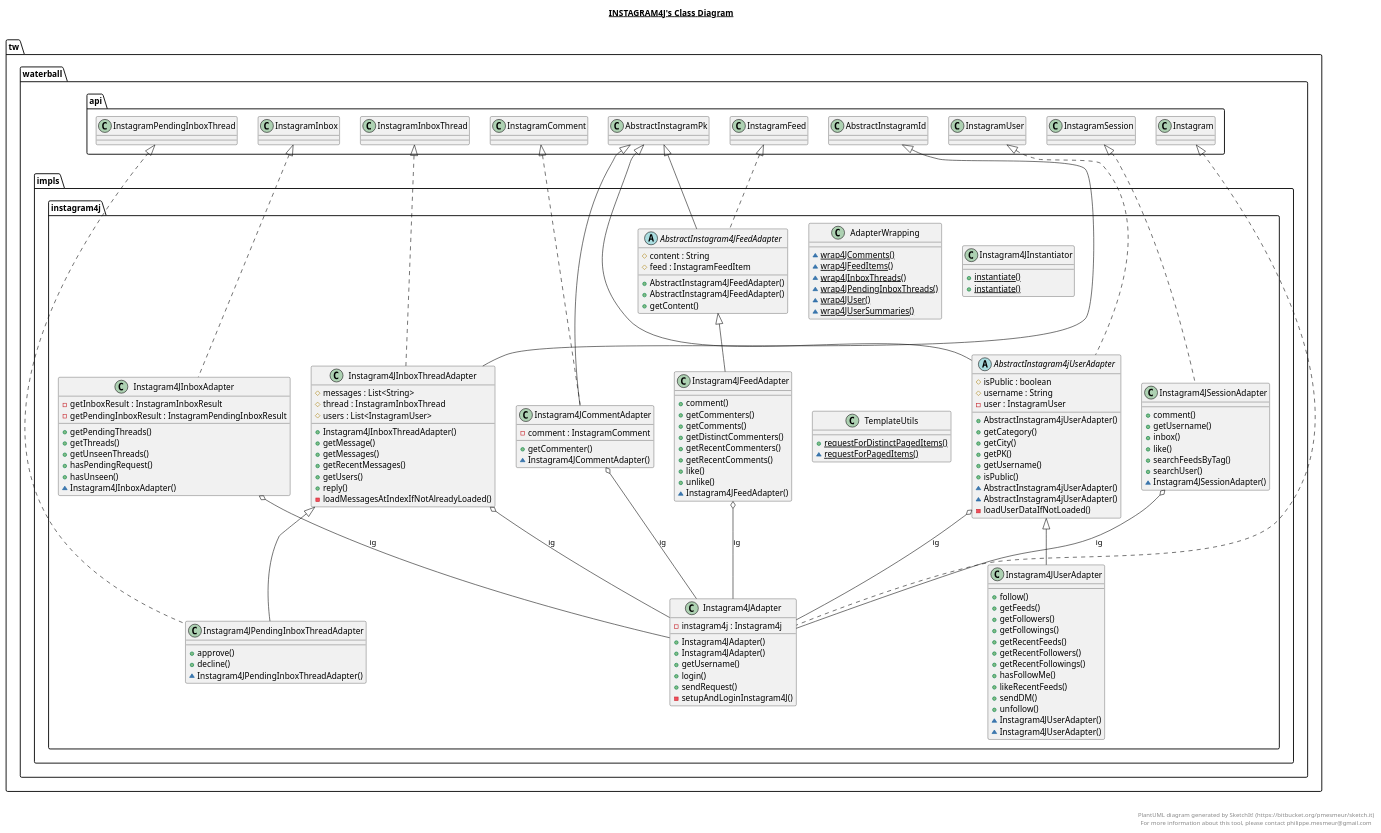
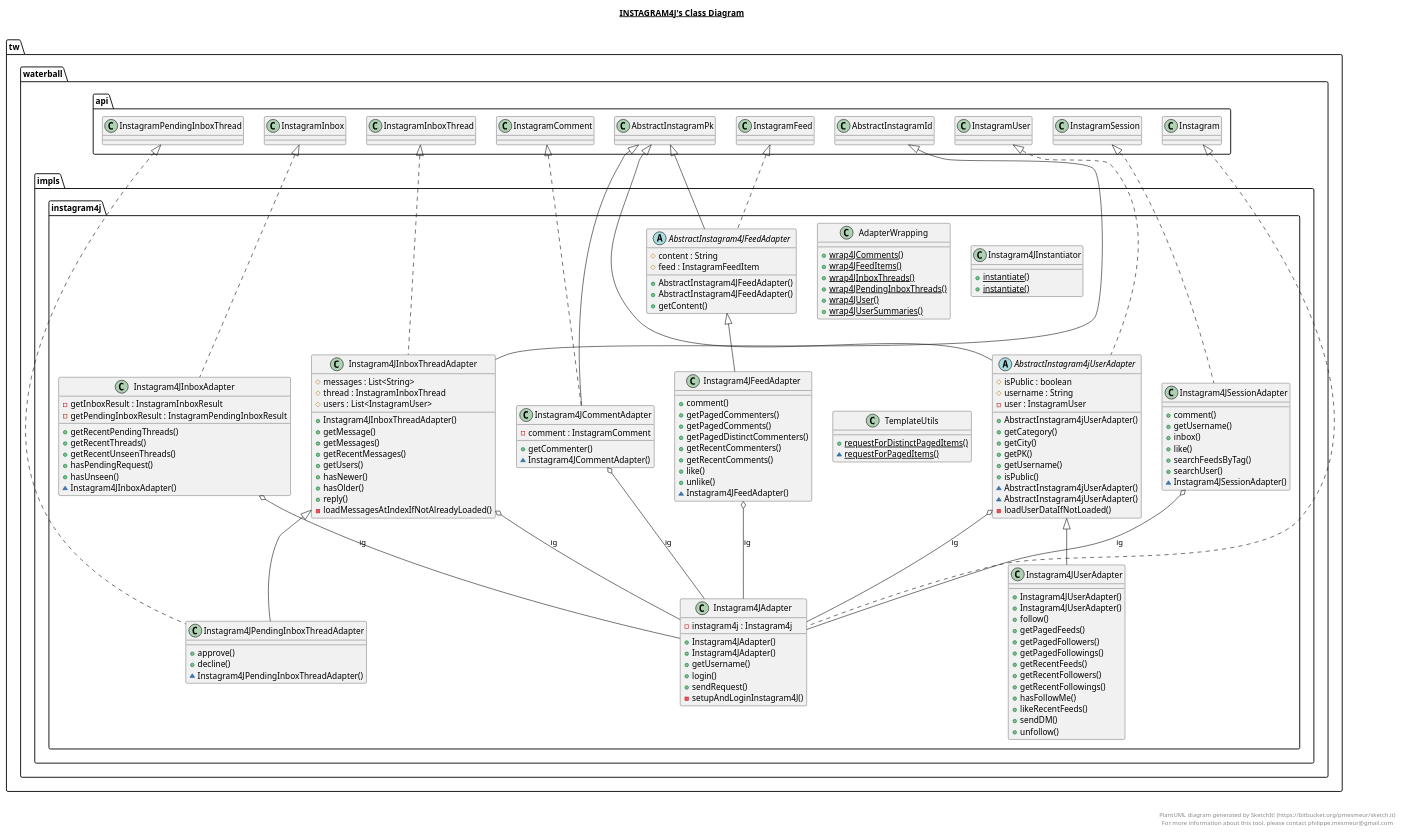
Before and after one commit to Johnny850807/Instagram4j-Fluent-Interface: the diagram in src/main/java/tw/waterball/impls/instagram4j/instagram4j.plantuml, drawn with PlantUML. The commit also changed 10 other files, not shown here.

```diff
--- a/src/main/java/tw/waterball/impls/instagram4j/instagram4j.plantuml
+++ b/src/main/java/tw/waterball/impls/instagram4j/instagram4j.plantuml
@@ -33,12 +33,12 @@
 
   namespace tw.waterball.impls.instagram4j {
     class tw.waterball.impls.instagram4j.AdapterWrapping {
-        {static} ~ wrap4JComments()
-        {static} ~ wrap4JFeedItems()
-        {static} ~ wrap4JInboxThreads()
-        {static} ~ wrap4JPendingInboxThreads()
-        {static} ~ wrap4JUser()
-        {static} ~ wrap4JUserSummaries()
+        {static} + wrap4JComments()
+        {static} + wrap4JFeedItems()
+        {static} + wrap4JInboxThreads()
+        {static} + wrap4JPendingInboxThreads()
+        {static} + wrap4JUser()
+        {static} + wrap4JUserSummaries()
     }
   }
   
@@ -68,9 +68,9 @@
   namespace tw.waterball.impls.instagram4j {
     class tw.waterball.impls.instagram4j.Instagram4JFeedAdapter {
         + comment()
-        + getCommenters()
-        + getComments()
-        + getDistinctCommenters()
+        + getPagedCommenters()
+        + getPagedComments()
+        + getPagedDistinctCommenters()
         + getRecentCommenters()
         + getRecentComments()
         + like()
@@ -84,9 +84,9 @@
     class tw.waterball.impls.instagram4j.Instagram4JInboxAdapter {
         - getInboxResult : InstagramInboxResult
         - getPendingInboxResult : InstagramPendingInboxResult
-        + getPendingThreads()
-        + getThreads()
-        + getUnseenThreads()
+        + getRecentPendingThreads()
+        + getRecentThreads()
+        + getRecentUnseenThreads()
         + hasPendingRequest()
         + hasUnseen()
         ~ Instagram4JInboxAdapter()
@@ -104,6 +104,8 @@
         + getMessages()
         + getRecentMessages()
         + getUsers()
+        + hasNewer()
+        + hasOlder()
         + reply()
         - loadMessagesAtIndexIfNotAlreadyLoaded()
     }
@@ -142,10 +144,12 @@
 
   namespace tw.waterball.impls.instagram4j {
     class tw.waterball.impls.instagram4j.Instagram4JUserAdapter {
+        + Instagram4JUserAdapter()
+        + Instagram4JUserAdapter()
         + follow()
-        + getFeeds()
-        + getFollowers()
-        + getFollowings()
+        + getPagedFeeds()
+        + getPagedFollowers()
+        + getPagedFollowings()
         + getRecentFeeds()
         + getRecentFollowers()
         + getRecentFollowings()
@@ -153,8 +157,6 @@
         + likeRecentFeeds()
         + sendDM()
         + unfollow()
-        ~ Instagram4JUserAdapter()
-        ~ Instagram4JUserAdapter()
     }
   }
   
```
